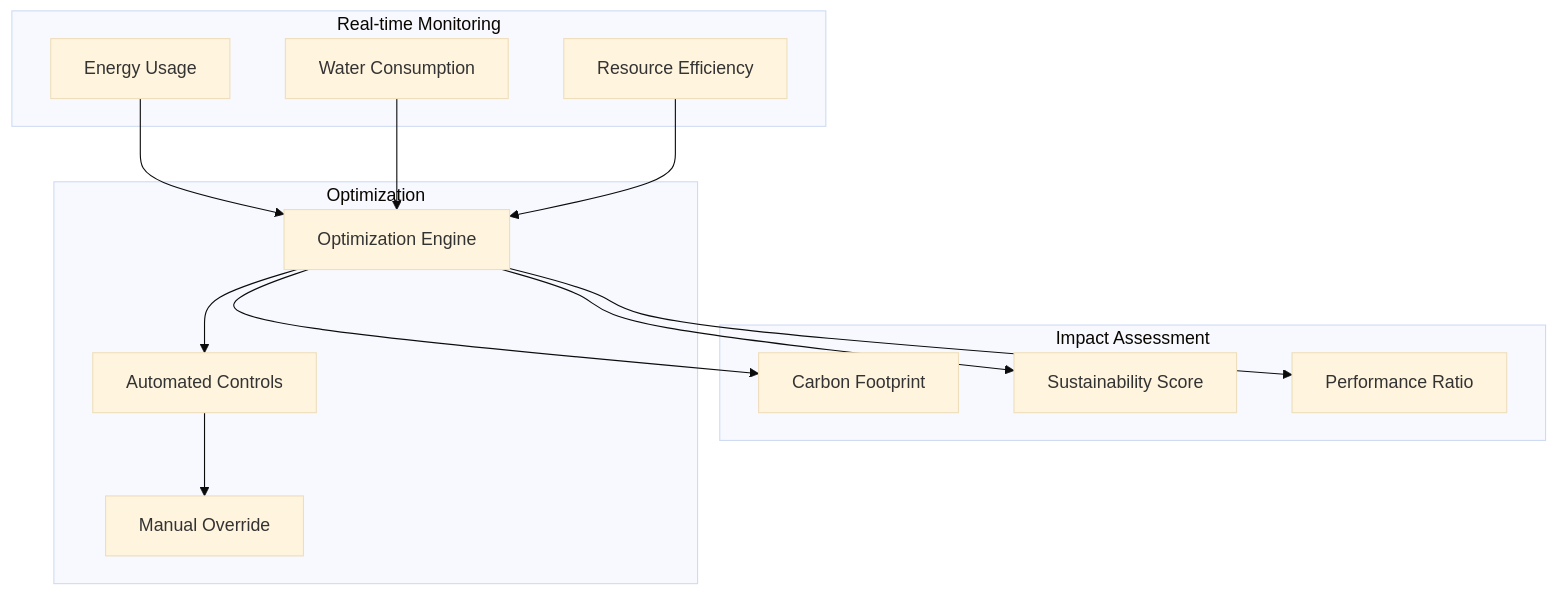
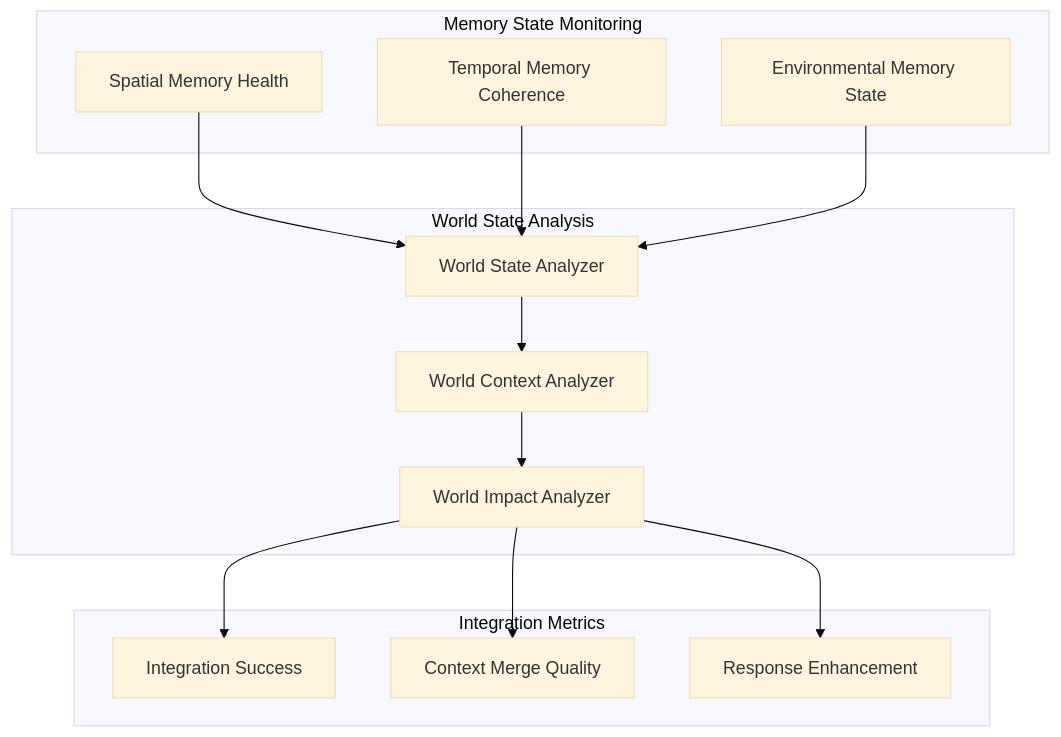
One commit to Vortx-AI/synthetic-satellite changed the third of 3 diagrams in docs/core-concepts/overview.md. Above: the diagram before and after it, drawn with Mermaid (base theme). The commit also changed other lines of this file, not shown here.

````diff
--- a/docs/core-concepts/overview.md
+++ b/docs/core-concepts/overview.md
@@ -275,25 +215,25 @@
 ```mermaid
 graph TD
-    subgraph "Real-time Monitoring"
-        E[Energy Usage]
-        W[Water Consumption]
-        R[Resource Efficiency]
+    subgraph "Memory State Monitoring"
+        SM[Spatial Memory Health]
+        TM[Temporal Memory Coherence]
+        EM[Environmental Memory State]
     end
 
-    subgraph "Impact Assessment"
-        C[Carbon Footprint]
-        S[Sustainability Score]
-        P[Performance Ratio]
+    subgraph "World State Analysis"
+        WSA[World State Analyzer]
+        WCA[World Context Analyzer]
+        WIA[World Impact Analyzer]
     end
 
-    subgraph "Optimization"
-        O[Optimization Engine]
-        A[Automated Controls]
-        M[Manual Override]
+    subgraph "Integration Metrics"
+        IM[Integration Success]
+        CM[Context Merge Quality]
+        RM[Response Enhancement]
     end
 
-    E & W & R --> O
-    O --> A
-    A --> M
-    O --> C & S & P
+    SM & TM & EM --> WSA
+    WSA --> WCA
+    WCA --> WIA
+    WIA --> IM & CM & RM
 ``` 
````
